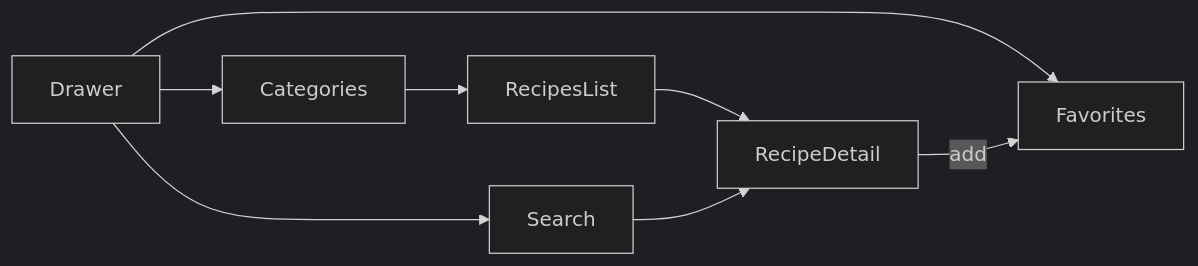
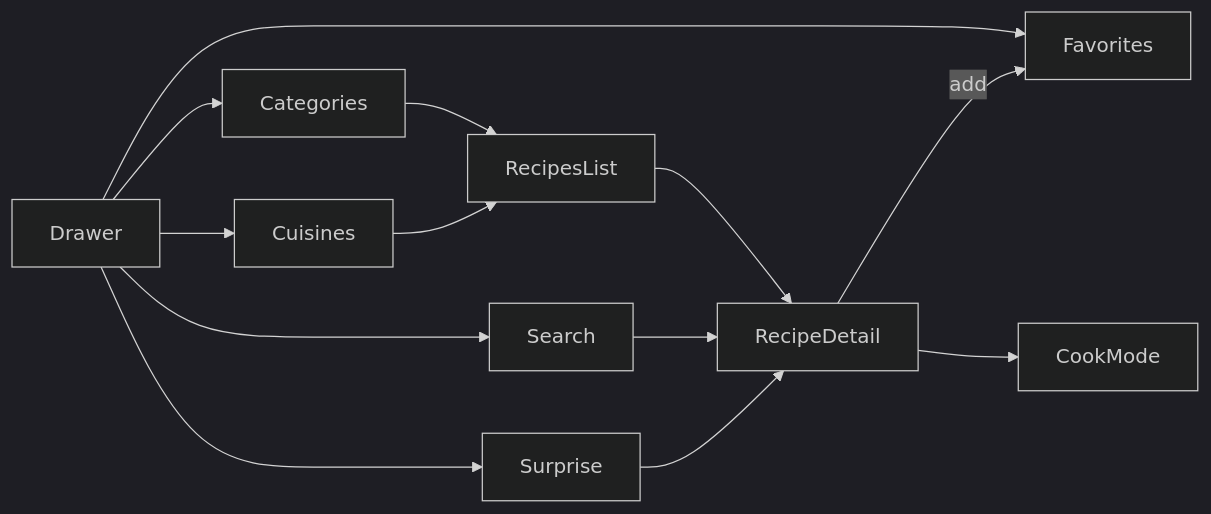
One commit to Sqwado/MyRecipes_Luque changed the diagram in docs/maquette.md. Above: the diagram before and after it, drawn with Mermaid (dark theme). The commit also changed other lines of this file and 66 other files, not shown here.

First line of the commit message:
feat: alignement TMDB, features Surprise/Cuisines/YouTube et UI image-forward

````diff
--- a/docs/maquette.md
+++ b/docs/maquette.md
@@ -37,10 +43,15 @@
 ```mermaid
 flowchart LR
   Drawer --> Categories
+  Drawer --> Cuisines
   Drawer --> Search
   Drawer --> Favorites
+  Drawer --> Surprise
   Categories --> RecipesList
+  Cuisines --> RecipesList
   RecipesList --> RecipeDetail
   Search --> RecipeDetail
+  Surprise --> RecipeDetail
   RecipeDetail -->|add| Favorites
+  RecipeDetail --> CookMode
 ```
````
